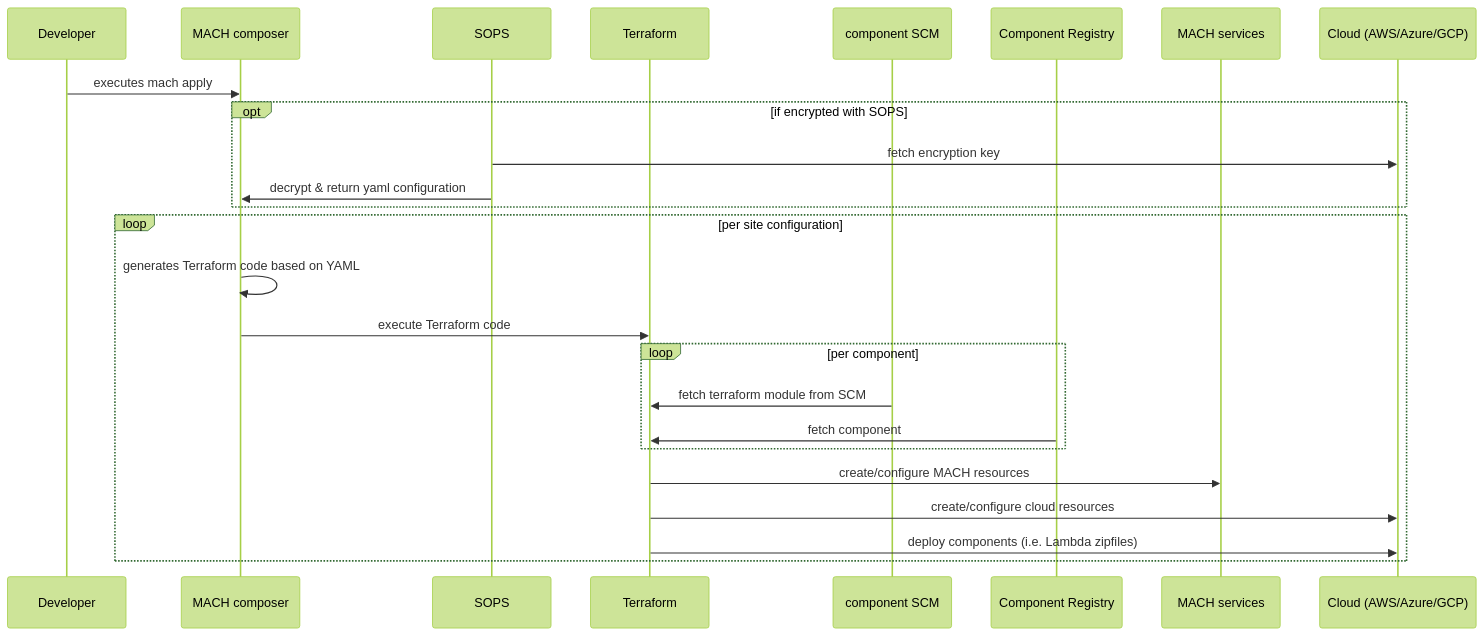
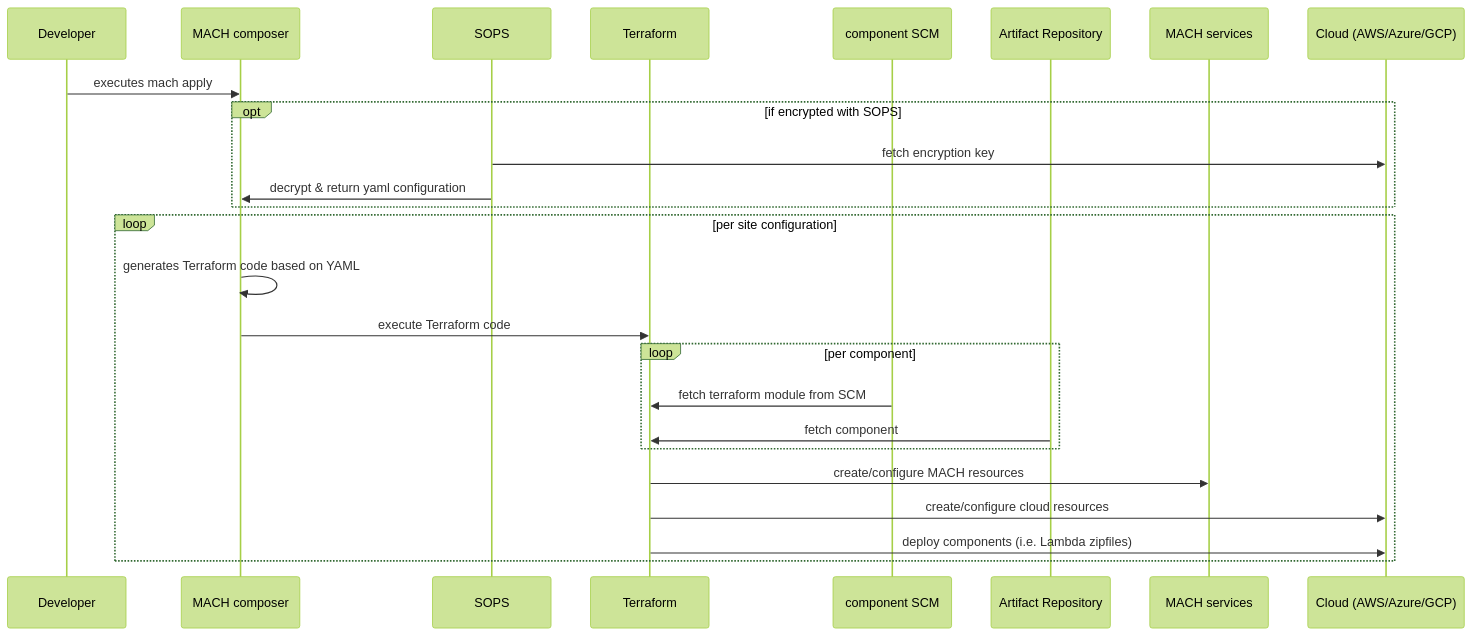
Before and after one commit to mach-composer/mach-composer-cli: the second of 2 diagrams in docs/src/topics/deployment/overview.md, drawn with Mermaid (forest theme). The commit also changed other lines of this file and 9 other files, not shown here.

```diff
--- a/docs/src/topics/deployment/overview.md
+++ b/docs/src/topics/deployment/overview.md
@@ -50,28 +56,28 @@
 <div class="mermaid">
 sequenceDiagram
     participant D as Developer
     participant M as MACH composer
     participant S as SOPS
     participant T as Terraform
     participant SC as component SCM
-    participant C as Component Registry
+    participant C as Artifact Repository
     participant MACH as MACH services
     participant Cloud as Cloud (AWS/Azure/GCP)
 
     D->>M: executes mach apply
     opt if encrypted with SOPS
         S->>Cloud: fetch encryption key
         S->>M: decrypt & return yaml configuration
     end
     loop per site configuration
         M->>M: generates Terraform code based on YAML
         M->>T: execute Terraform code
         loop per component
             SC->>T: fetch terraform module from SCM
             C->> T: fetch component
         end
         T->>MACH: create/configure MACH resources
         T->>Cloud: create/configure cloud resources
         T->>Cloud: deploy components (i.e. Lambda zipfiles)
     end
 </div>
```
